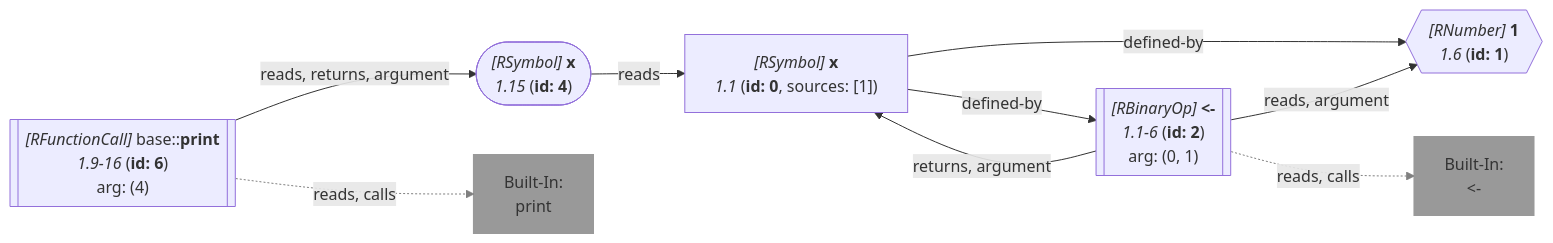
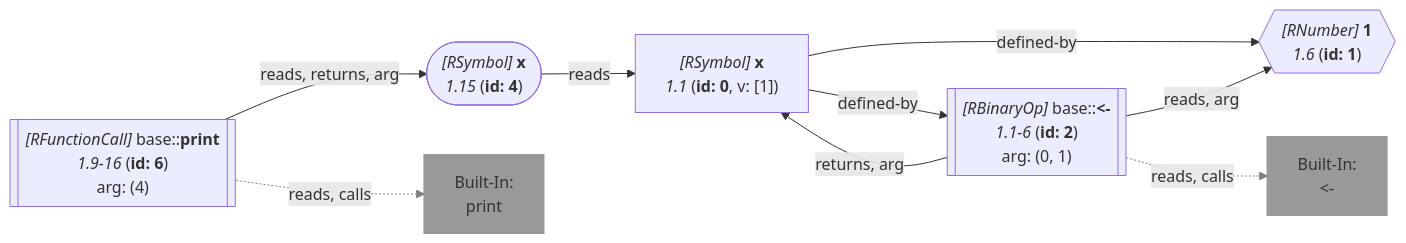
Before and after one commit to flowr-analysis/flowr: the second of 2 diagrams in wiki/Core.md, drawn with Mermaid. The commit also changed other lines of this file and 135 other files, not shown here.

````diff
--- a/wiki/Core.md
+++ b/wiki/Core.md
@@ -388,32 +388,32 @@
 ```mermaid
 flowchart LR
     1{{"`*#91;RNumber#93;* **1**
       *1.6* (**id: 1**)`"}}
    %% No edges found for 1
     0["`*#91;RSymbol#93;* **x**
-      *1.1* (**id: 0**, sources: [1])`"]
-    2[["`*#91;RBinaryOp#93;* **#60;#45;**
+      *1.1* (**id: 0**, v: [1])`"]
+    2[["`*#91;RBinaryOp#93;* base#58;#58;**#60;#45;**
       *1.1-6* (**id: 2**)
     arg: (0, 1)`"]]
     built-in:_-["`Built-In:
 #60;#45;`"]
     style built-in:_- stroke:gray,fill:gray,stroke-width:2px,opacity:.8;
     4(["`*#91;RSymbol#93;* **x**
       *1.15* (**id: 4**)`"])
     6[["`*#91;RFunctionCall#93;* base#58;#58;**print**
       *1.9-16* (**id: 6**)
     arg: (4)`"]]
     built-in:print["`Built-In:
 print`"]
     style built-in:print stroke:gray,fill:gray,stroke-width:2px,opacity:.8;
     0 -->|"defined-by"| 1
     0 -->|"defined-by"| 2
-    2 -->|"reads, argument"| 1
-    2 -->|"returns, argument"| 0
+    2 -->|"reads, arg"| 1
+    2 -->|"returns, arg"| 0
     2 -.->|"reads, calls"| built-in:_-
     linkStyle 4 stroke:gray;
     4 -->|"reads"| 0
-    6 -->|"reads, returns, argument"| 4
+    6 -->|"reads, returns, arg"| 4
     6 -.->|"reads, calls"| built-in:print
     linkStyle 7 stroke:gray;
 ```
````
